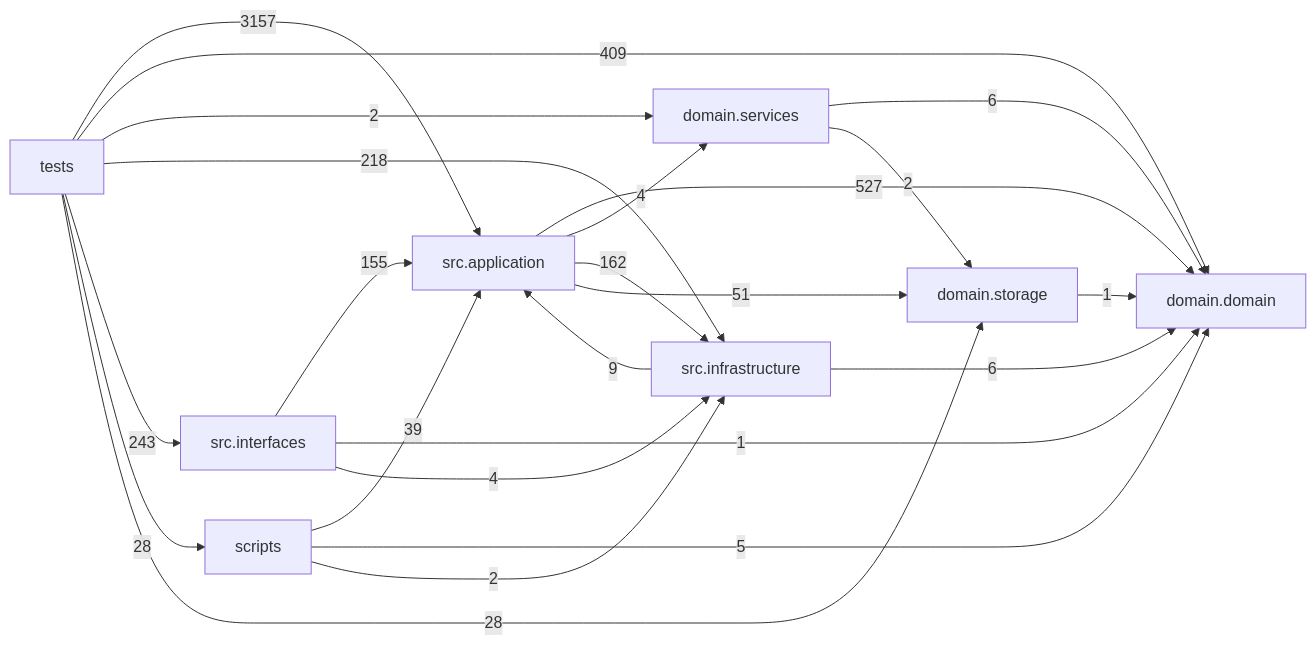
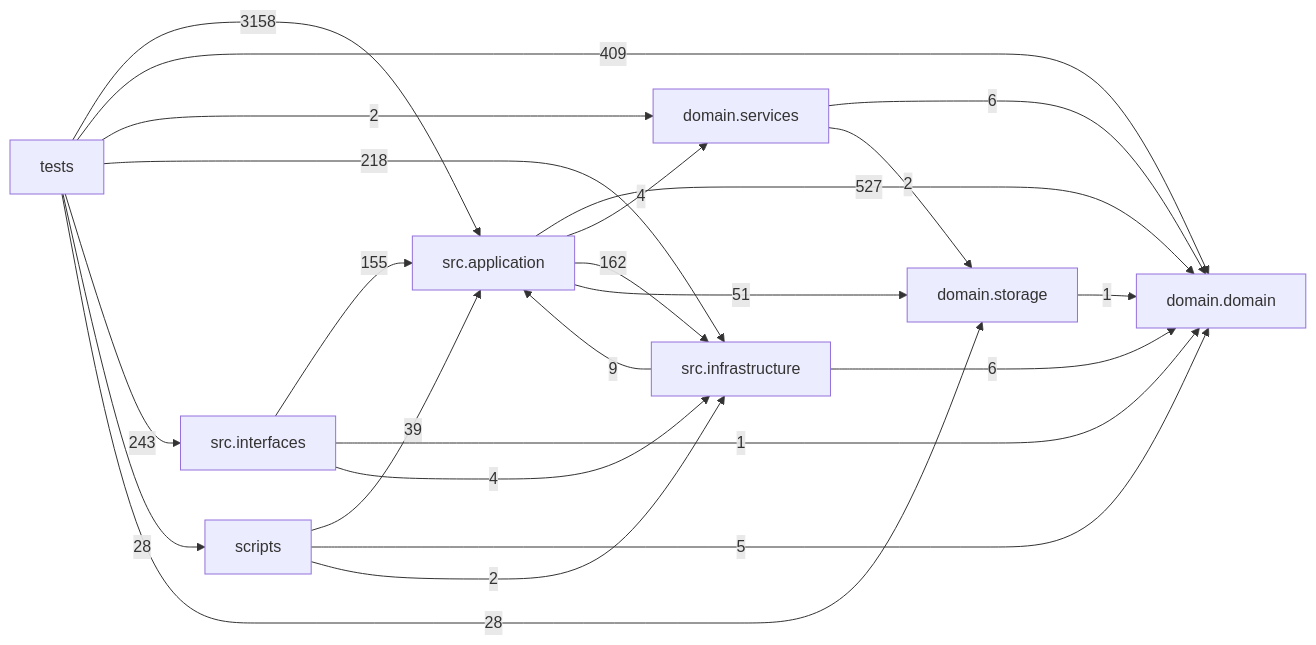
The diagram in docs/DEPENDENCY_GRAPH.md (liuxie066/options-monitor), drawn with Mermaid before and after one commit. The commit also changed other lines of this file and 3 other files, not shown here.

````diff
--- a/docs/DEPENDENCY_GRAPH.md
+++ b/docs/DEPENDENCY_GRAPH.md
@@ -24,33 +24,33 @@
 ```mermaid
 flowchart LR
   tests["tests"]
   scripts["scripts"]
   interfaces["src.interfaces"]
   application["src.application"]
   infrastructure["src.infrastructure"]
   domain_services["domain.services"]
   domain["domain.domain"]
   storage["domain.storage"]
   application -->|527| domain
   application -->|4| domain_services
   application -->|162| infrastructure
   application -->|51| storage
   domain_services -->|6| domain
   domain_services -->|2| storage
   infrastructure -->|9| application
   infrastructure -->|6| domain
   interfaces -->|155| application
   interfaces -->|1| domain
   interfaces -->|4| infrastructure
   scripts -->|39| application
   scripts -->|5| domain
   scripts -->|2| infrastructure
   storage -->|1| domain
-  tests -->|3157| application
+  tests -->|3158| application
   tests -->|409| domain
   tests -->|2| domain_services
   tests -->|218| infrastructure
   tests -->|243| interfaces
   tests -->|28| scripts
   tests -->|28| storage
 ```
````
